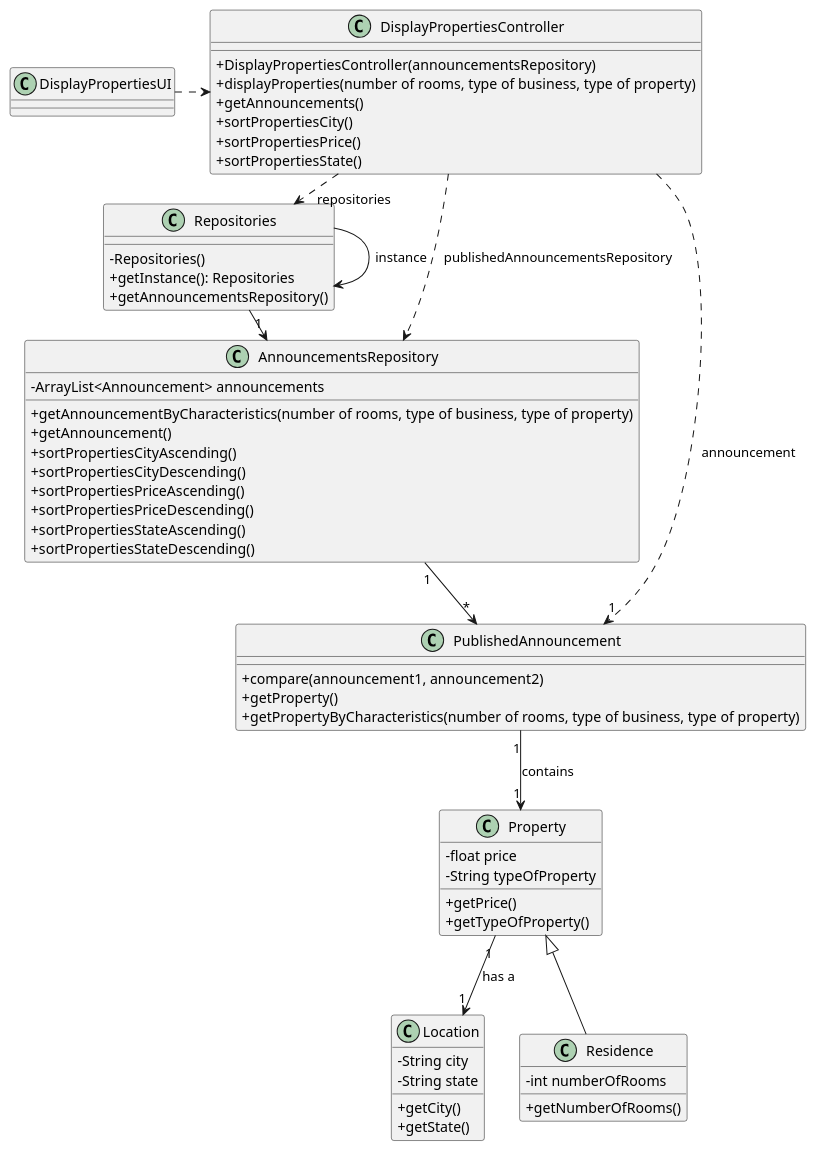
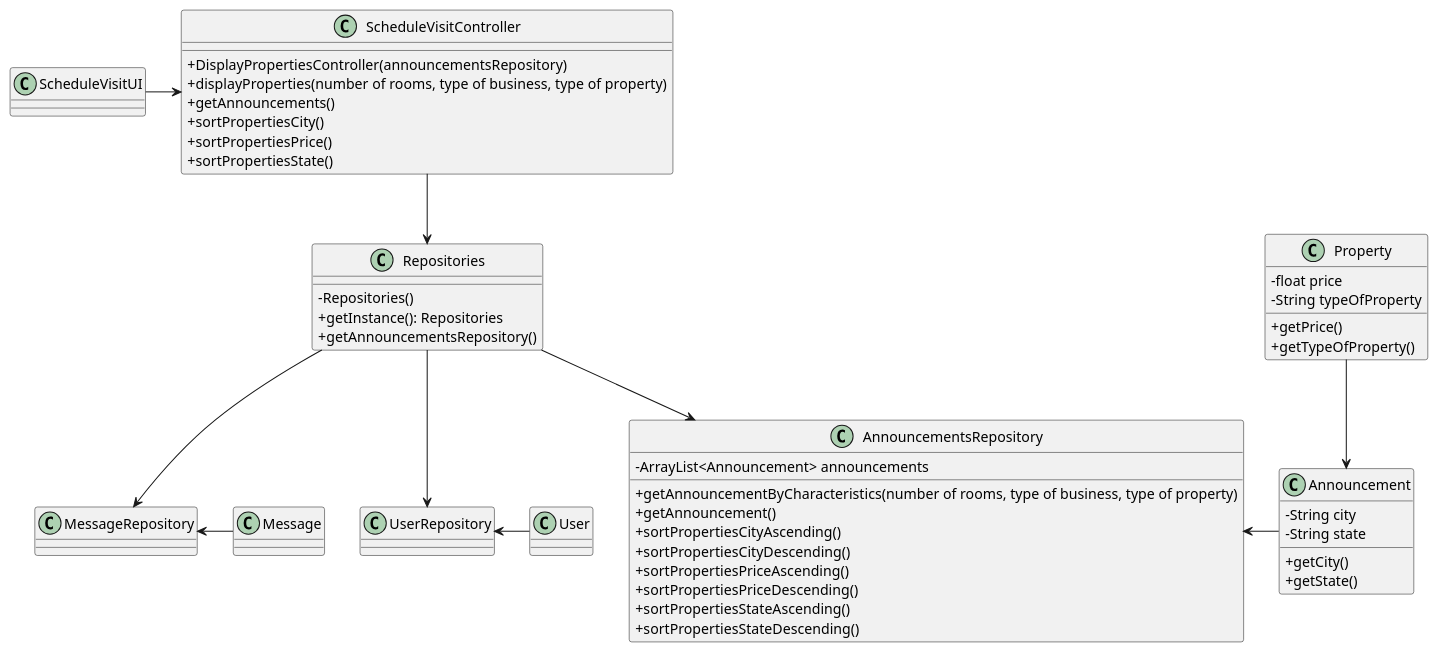
One commit to 1220812/LAPR2 changed the diagram in docs/sprintC/us009/03.design/puml/us009-class-diagram.puml. Above: the diagram before and after it, drawn with PlantUML.

Commit message:
US009 classs diagram

```diff
--- a/docs/sprintC/us009/03.design/puml/us009-class-diagram.puml
+++ b/docs/sprintC/us009/03.design/puml/us009-class-diagram.puml
@@ -1,83 +1,86 @@
 @startuml
 'skinparam monochrome true
 skinparam packageStyle rectangle
 skinparam shadowing false
 skinparam linetype polyline
 skinparam linetype orto
 
 skinparam classAttributeIconSize 0
 
 'left to right direction
 
 class Property{
 -float price
 -String typeOfProperty
 +getPrice()
 +getTypeOfProperty()
 }
 
-class Location{
+class Announcement{
 -String city
 -String state
 +getCity()
 +getState()
 }
 
-class Residence{
--int numberOfRooms
-+getNumberOfRooms()
+
+class ScheduleVisitUI{
 }
 
-class DisplayPropertiesUI{
+class MessageRepository{
 }
 
-class DisplayPropertiesController{
+class UserRepository{
+}
+
+class ScheduleVisitController{
 +DisplayPropertiesController(announcementsRepository)
 +displayProperties(number of rooms, type of business, type of property)
 +getAnnouncements()
 +sortPropertiesCity()
 +sortPropertiesPrice()
 +sortPropertiesState()
 }
 
-class PublishedAnnouncement{
-+compare(announcement1, announcement2)
-+getProperty()
-+getPropertyByCharacteristics(number of rooms, type of business, type of property)
-}
 
 class Repositories{
 -Repositories()
 +getInstance(): Repositories
 +getAnnouncementsRepository()
 }
 
 class AnnouncementsRepository{
 -ArrayList<Announcement> announcements
 +getAnnouncementByCharacteristics(number of rooms, type of business, type of property)
 +getAnnouncement()
 +sortPropertiesCityAscending()
 +sortPropertiesCityDescending()
 +sortPropertiesPriceAscending()
 +sortPropertiesPriceDescending()
 +sortPropertiesStateAscending()
 +sortPropertiesStateDescending()
 }
 
+class Message{
+}
 
-Repositories -> Repositories : instance
+class User{
+}
 
-DisplayPropertiesUI .> DisplayPropertiesController
-DisplayPropertiesController .> Repositories : repositories
 
-Repositories -> "1" AnnouncementsRepository
+ScheduleVisitUI -> ScheduleVisitController
 
-DisplayPropertiesController ..> AnnouncementsRepository : publishedAnnouncementsRepository
+ScheduleVisitController --> Repositories
 
-AnnouncementsRepository "1" --> "*" PublishedAnnouncement
-DisplayPropertiesController ..> "1" PublishedAnnouncement : announcement
-PublishedAnnouncement "1" --> "1" Property : contains
-Property <|-- Residence
-Property "1" --> "1" Location : has a
+Repositories --> AnnouncementsRepository
+Repositories --> UserRepository
+Repositories --> MessageRepository
 
+MessageRepository <- Message
+
+UserRepository <- User
+
+AnnouncementsRepository <- Announcement
+
+Property --> Announcement
 @enduml
```
